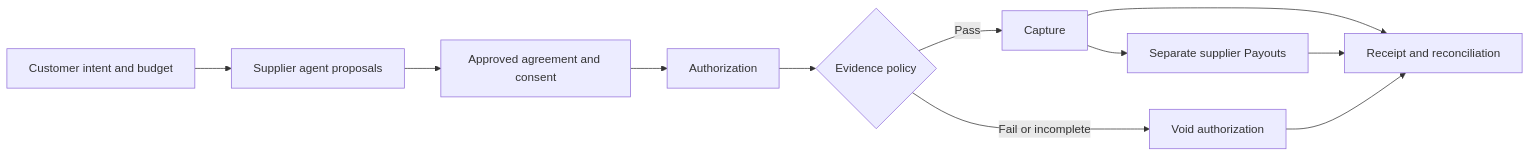
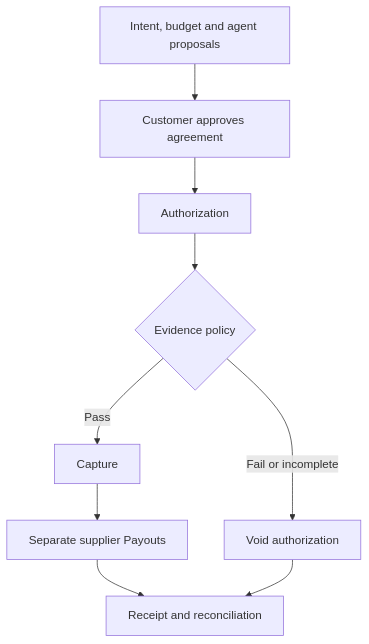
The diagram in README.md (Enrickq/asterion-commerce), drawn with Mermaid before and after one commit.

Commit message:
Keep the payment flow legible in GitHub previews

````diff
--- a/README.md
+++ b/README.md
@@ -80,13 +80,11 @@
 ```mermaid
-flowchart LR
-    A[Customer intent and budget] --> B[Supplier agent proposals]
-    B --> C[Approved agreement and consent]
-    C --> D[Authorization]
-    D --> E{Evidence policy}
-    E -->|Pass| F[Capture]
-    F --> G[Separate supplier Payouts]
-    E -->|Fail or incomplete| H[Void authorization]
-    F --> I[Receipt and reconciliation]
-    G --> I
-    H --> I
+flowchart TD
+    A[Intent, budget and agent proposals] --> B[Customer approves agreement]
+    B --> C[Authorization]
+    C --> D{Evidence policy}
+    D -->|Pass| E[Capture]
+    E --> F[Separate supplier Payouts]
+    D -->|Fail or incomplete| G[Void authorization]
+    F --> H[Receipt and reconciliation]
+    G --> H
 ```
````
